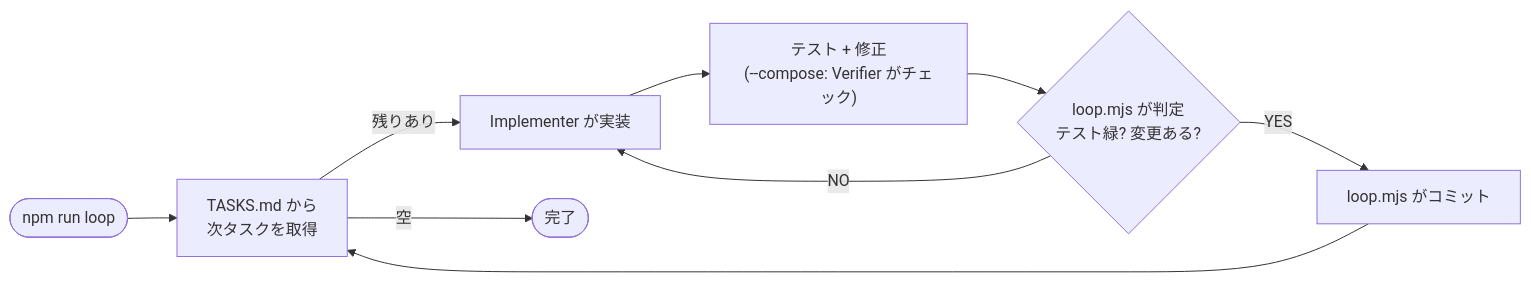
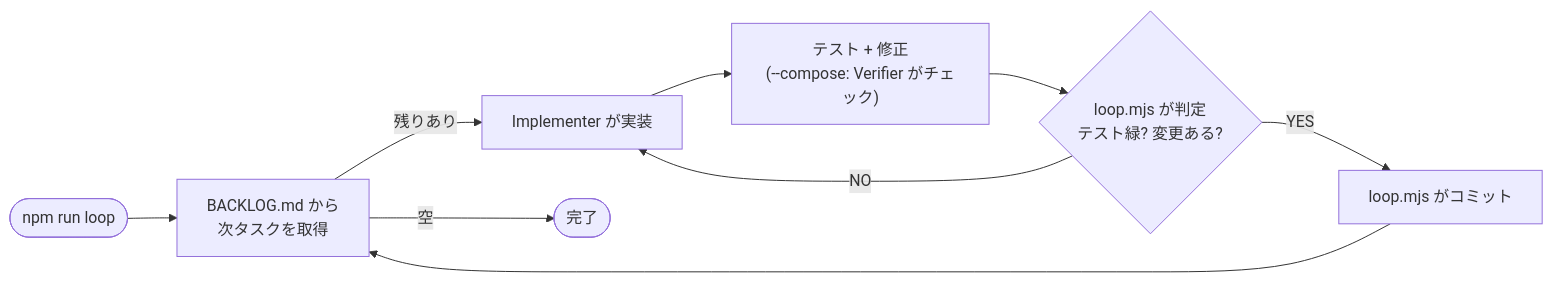
Before and after one commit to shumatsumonobu/loop-engineering-playbook: the diagram in README.md, drawn with Mermaid. The commit also changed other lines of this file and 5 other files, not shown here.

````diff
--- a/README.md
+++ b/README.md
@@ -21,11 +21,11 @@
 ```mermaid
 flowchart LR
-    S(["npm run loop"]) --> T["TASKS.md から<br/>次タスクを取得"]
+    S(["npm run loop"]) --> T["BACKLOG.md から<br/>次タスクを取得"]
     T -->|残りあり| I["Implementer が実装"]
     I --> V["テスト + 修正<br/>(--compose: Verifier がチェック)"]
     V --> G{"loop.mjs が判定<br/>テスト緑? 変更ある?"}
     G -->|YES| C["loop.mjs がコミット"]
     G -->|NO| I
     C --> T
     T -->|空| D(["完了"])
 ```
````
